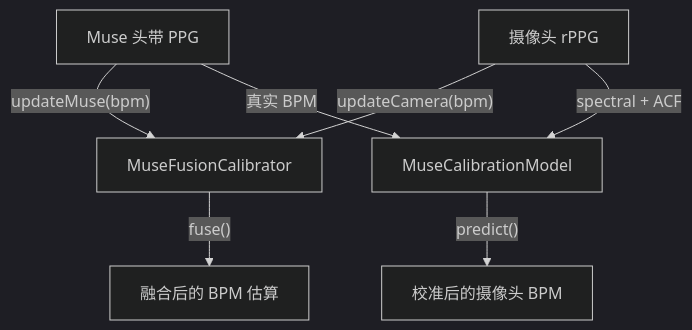
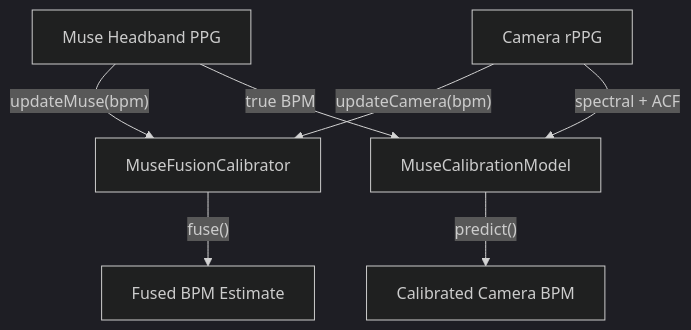
One commit to Elata-Biosciences/docs changed the diagram in cn/sdk/rppg-web/calibration.mdx. Above: the diagram before and after it, drawn with Mermaid (dark theme). The commit also changed other lines of this file and 219 other files, not shown here.

````diff
--- a/cn/sdk/rppg-web/calibration.mdx
+++ b/cn/sdk/rppg-web/calibration.mdx
@@ -107,9 +115,9 @@
 ```mermaid
 flowchart TD
-    MUS["Muse 头带 PPG"] -->|"updateMuse(bpm)"| CAL["MuseFusionCalibrator"]
-    CAM["摄像头 rPPG"] -->|"updateCamera(bpm)"| CAL
-    CAL -->|"fuse()"| FUSED["融合后的 BPM 估算"]
+    MUS["Muse Headband PPG"] -->|"updateMuse(bpm)"| CAL["MuseFusionCalibrator"]
+    CAM["Camera rPPG"] -->|"updateCamera(bpm)"| CAL
+    CAL -->|"fuse()"| FUSED["Fused BPM Estimate"]
     CAM -->|"spectral + ACF"| MOD["MuseCalibrationModel"]
-    MUS -->|"真实 BPM"| MOD
-    MOD -->|"predict()"| CALIBRATED["校准后的摄像头 BPM"]
+    MUS -->|"true BPM"| MOD
+    MOD -->|"predict()"| CALIBRATED["Calibrated Camera BPM"]
 ```
````
